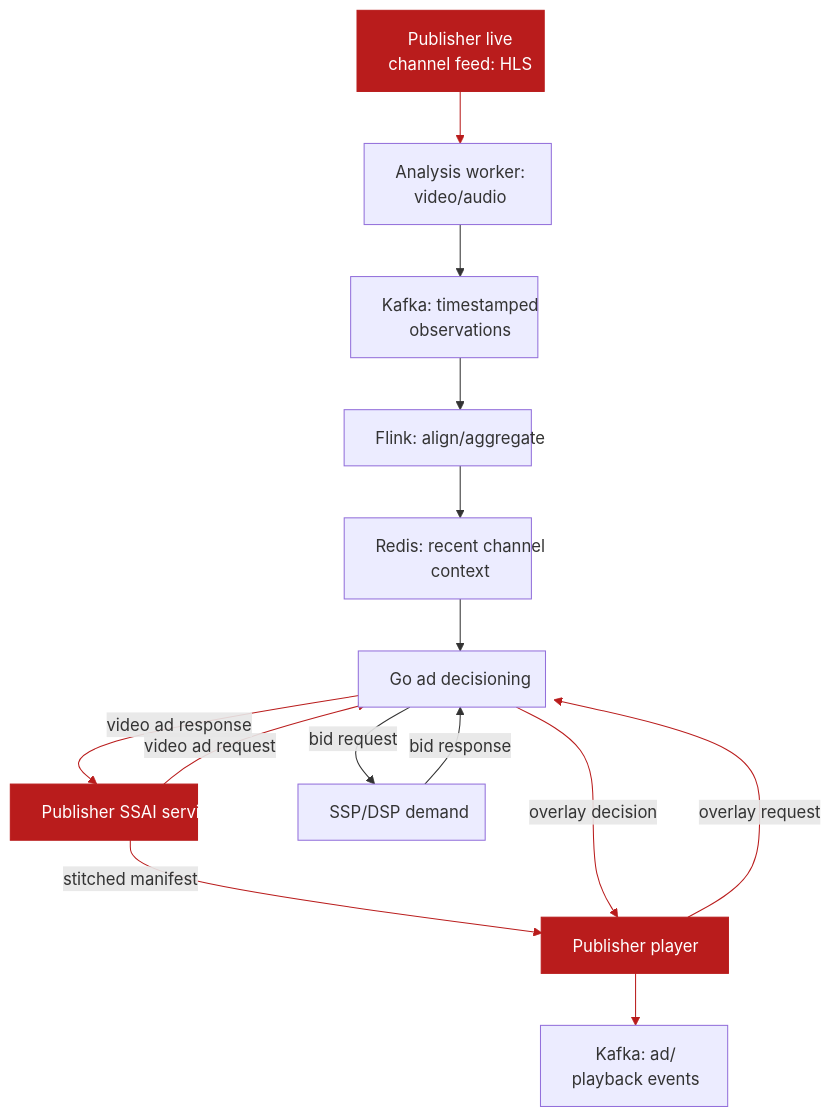
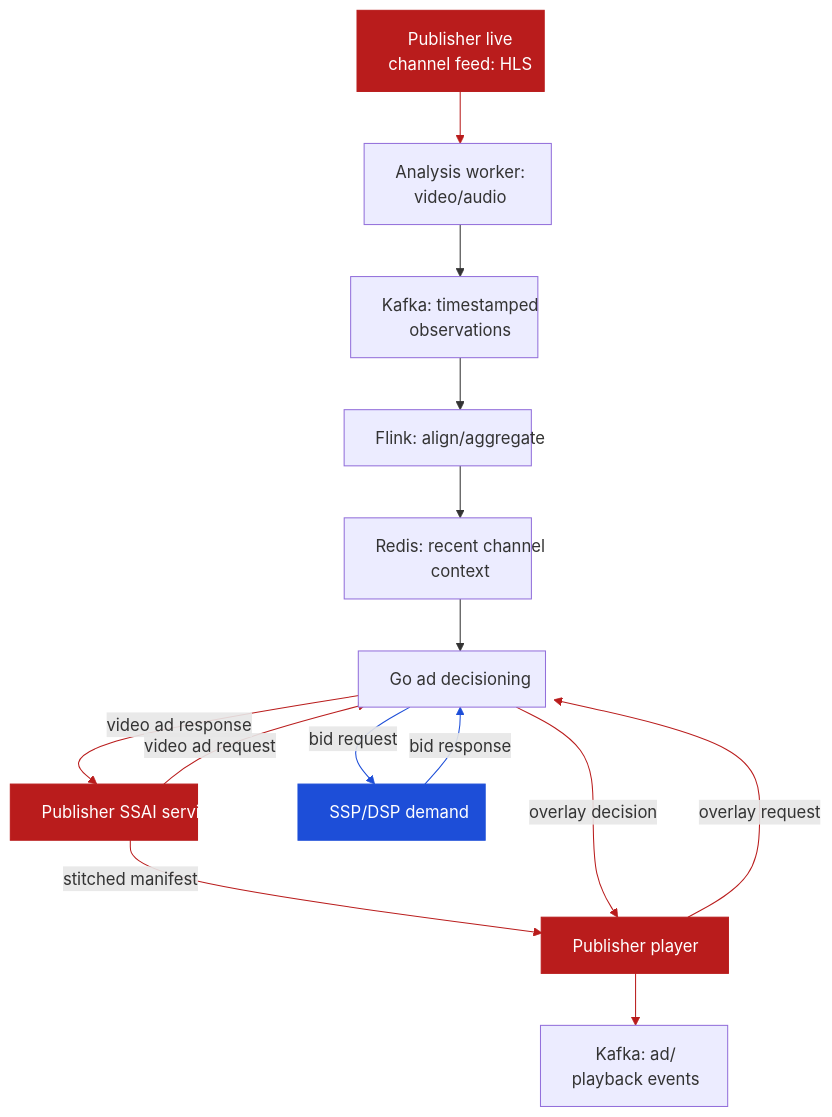
Before and after one commit to rayning0/scenebid: the third of 3 diagrams in README.md, drawn with Mermaid. The commit also changed other lines of this file and 3 other files, not shown here.

````diff
--- a/README.md
+++ b/README.md
@@ -463,29 +467,32 @@
 ```mermaid
 %%{init: {"flowchart": {"wrappingWidth": 180}}}%%
 flowchart TD
     classDef wide width:180px;
     L["Publisher live<br/>channel feed: HLS"] --> X["Analysis worker:<br/>video/audio"]
     X --> K["Kafka: timestamped<br/>observations"]
     K --> F["Flink: align/aggregate"]
     F --> R["Redis: recent channel<br/>context"]
 
     SSAI["Publisher SSAI service"] -->|video ad request| A["Go ad decisioning"]
     A -->|video ad response| SSAI
     SSAI -->|stitched manifest| P["Publisher player"]
     P -->|overlay request| A
     A -->|overlay decision| P
     P --> E["Kafka: ad/<br/>playback events"]
 
     R --> A
     A -->|bid request| B["SSP/DSP demand"]
     B -->|bid response| A
 
     %% Layout hints: keep SSAI left, player/events centered, and SSP/DSP demand right.
     SSAI ~~~ P
     A ~~~ P
 
     class L,X,K,F,R,SSAI,P,A,E,B wide
     classDef publisher fill:#b91c1c,stroke:#b91c1c,color:#fff;
     class L,SSAI,P publisher
     linkStyle 0,4,5,6,7,8,9 stroke:#b91c1c
+    classDef demand fill:#1d4ed8,stroke:#1d4ed8,color:#fff;
+    class B demand
+    linkStyle 11,12 stroke:#1d4ed8
 ```
````
